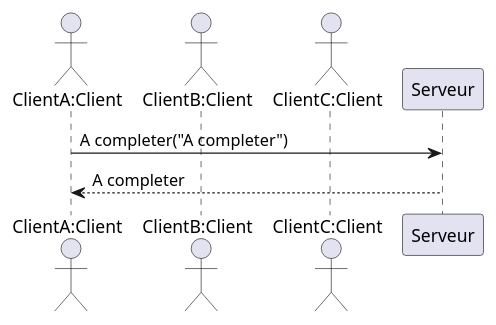
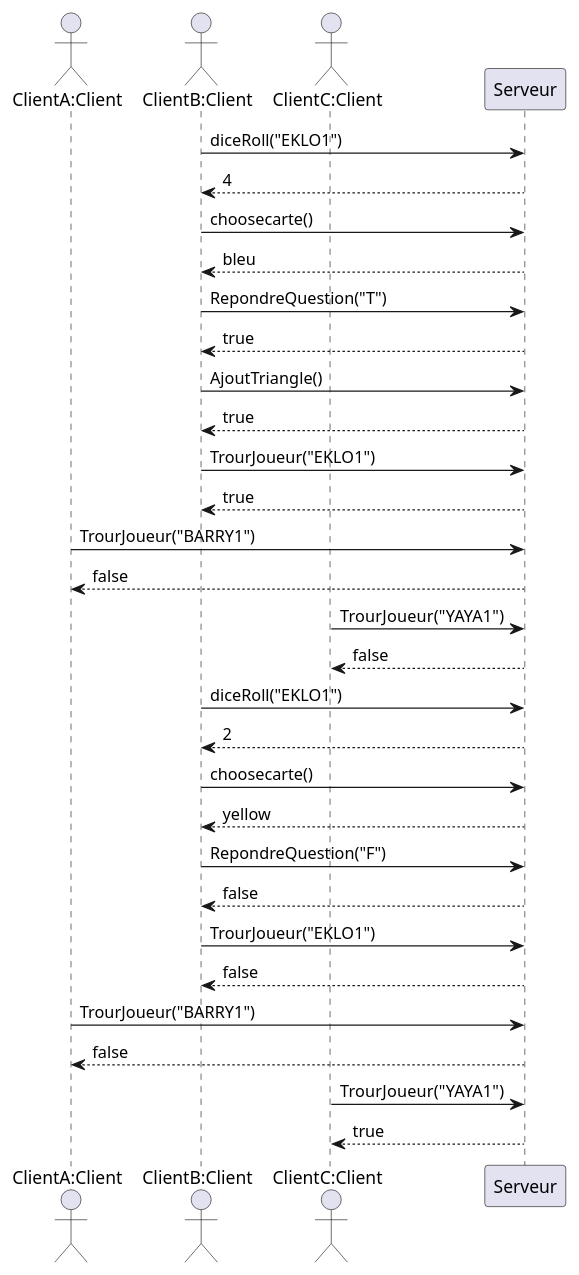
One commit to sybarry/Trivial_Pursuit_CL changed diagram 15 of 15 in trivial-doc/modules/development/pages/composants.adoc. Above: the diagram before and after it, drawn with PlantUML. The commit also changed other lines of this file, not shown here.

Commit message:
tour de jeu

```diff
--- a/trivial-doc/modules/development/pages/composants.adoc
+++ b/trivial-doc/modules/development/pages/composants.adoc
@@ -441,13 +441,43 @@
 [plantuml]
 ....
 @startuml
 
 actor "ClientA:Client" as C1
 actor "ClientB:Client" as C2
 actor "ClientC:Client" as C3
 
-C1 -> Serveur: A completer("A completer")
-Serveur --> C1 : A completer
+C2 -> Serveur: diceRoll("EKLO1")
+Serveur --> C2 : 4
+C2 -> Serveur: choosecarte()
+Serveur --> C2 : bleu
+C2 -> Serveur: RepondreQuestion("T")
+Serveur --> C2 : true
+C2 -> Serveur: AjoutTriangle()
+Serveur --> C2 : true
+C2 -> Serveur: TrourJoueur("EKLO1")
+Serveur --> C2 : true
+
+C1-> Serveur: TrourJoueur("BARRY1")
+Serveur --> C1 : false
+
+C3 -> Serveur: TrourJoueur("YAYA1")
+Serveur --> C3 : false
+
+C2 -> Serveur: diceRoll("EKLO1")
+Serveur --> C2 : 2
+C2 -> Serveur: choosecarte()
+Serveur --> C2 : yellow
+C2 -> Serveur: RepondreQuestion("F")
+Serveur --> C2 : false
+
+C2 -> Serveur: TrourJoueur("EKLO1")
+Serveur --> C2 : false
+
+C1-> Serveur: TrourJoueur("BARRY1")
+Serveur --> C1 : false
+
+C3-> Serveur: TrourJoueur("YAYA1")
+Serveur --> C3 : true
 
 @enduml
 ....
```
